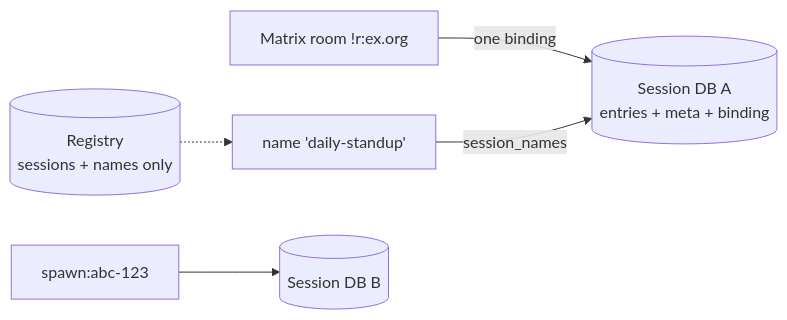
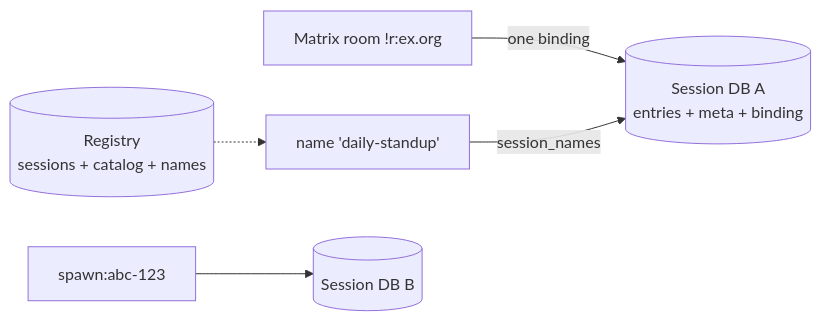
One commit to arcuru/chaz changed the second of 2 diagrams in docs/src/architecture/sessions.md. Above: the diagram before and after it, drawn with Mermaid. The commit also changed other lines of this file and 6 other files, not shown here.

````diff
--- a/docs/src/architecture/sessions.md
+++ b/docs/src/architecture/sessions.md
@@ -281,7 +286,7 @@
 ```mermaid
 graph LR
     ROOM["Matrix room !r:ex.org"] -->|one binding| DB1[(Session DB A<br/>entries + meta + binding)]
     NAME["name 'daily-standup'"] -->|session_names| DB1
     SID2["spawn:abc-123"] --> DB2[(Session DB B)]
-    REG[(Registry<br/>sessions + names only)] -.-> NAME
+    REG[(Registry<br/>sessions + catalog + names)] -.-> NAME
 ```
````
